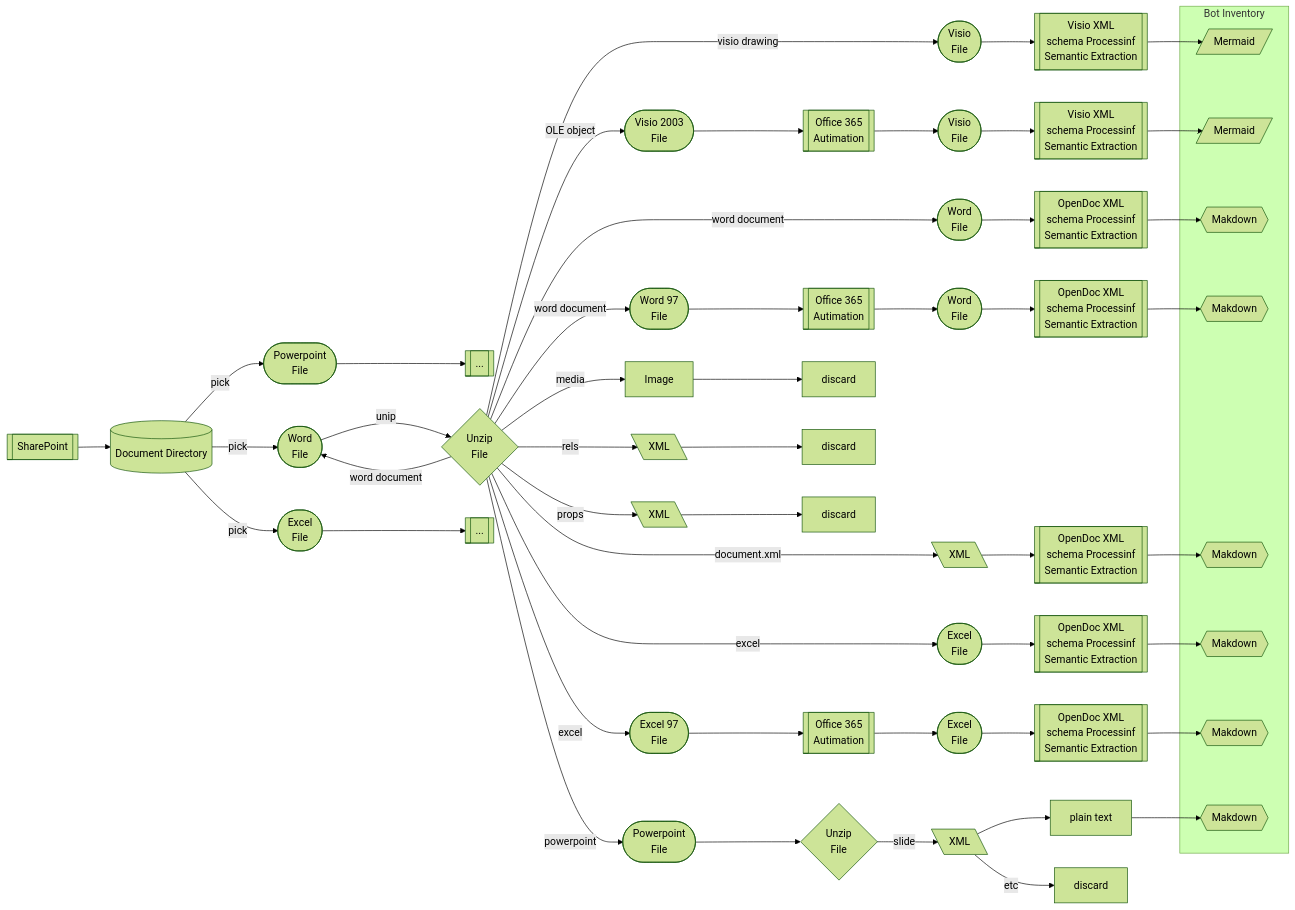
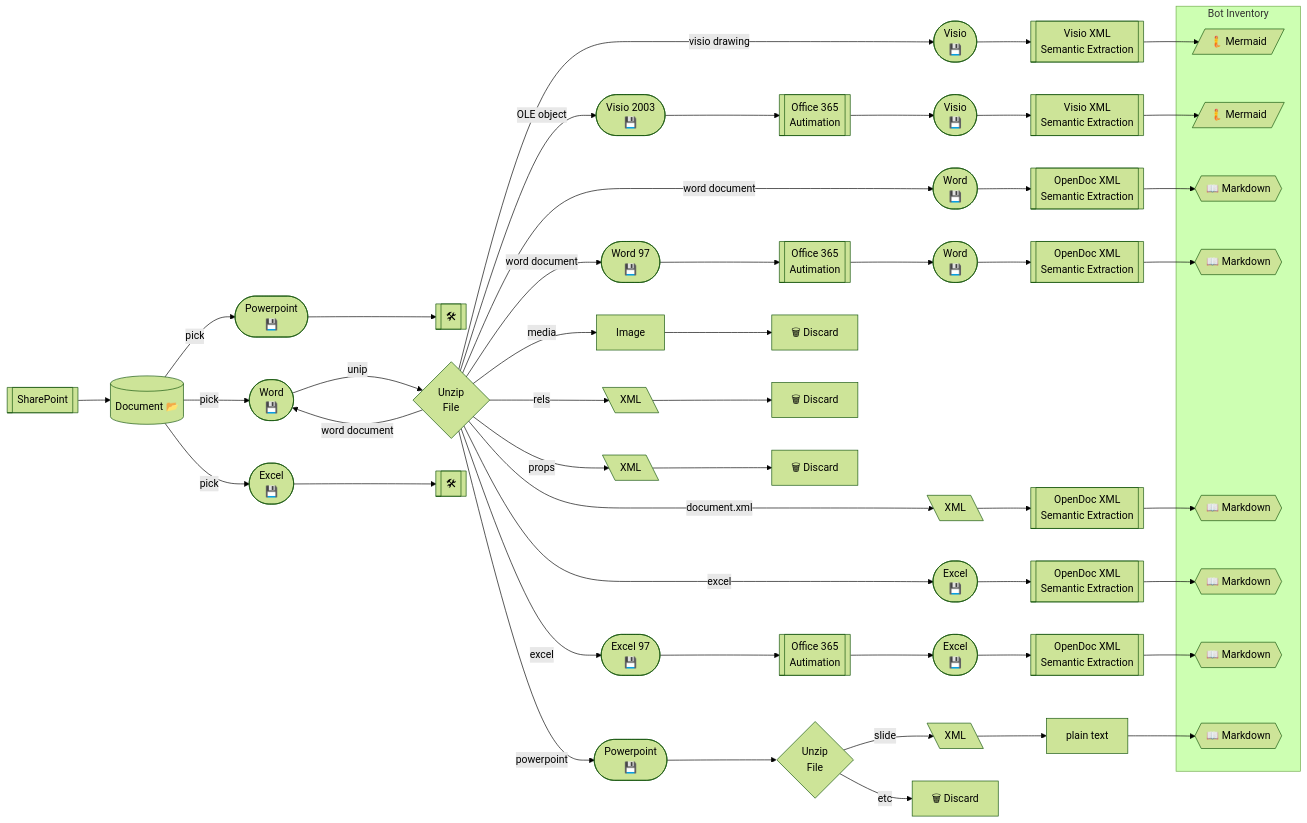
The diagram in csharp/basic-budget-searcher/process.mermaid (sergueik/powershell_samples), drawn with Mermaid (forest theme) before and after one commit. The commit also changed 2 other files, not shown here.

```diff
--- a/csharp/basic-budget-searcher/process.mermaid
+++ b/csharp/basic-budget-searcher/process.mermaid
@@ -1,75 +1,75 @@
 flowchart LR
 H1[[SharePoint]]
-Downloads[("Document Directory")]
-W1(["Word<br/>File"])
-W2(["Word<br/>File"])
-W3(["Word 97<br/>File"])
-W4(["Word<br/>File"])
-P1(["Powerpoint<br/>File"])
-P2(["Powerpoint<br/>File"])
-E1(["Excel<br/>File"])
-E2(["Excel<br/>File"])
-E3(["Excel 97<br/>File"])
-E4(["Excel<br/>File"])
+Downloads[("Document 📂")]
+W1(["Word<br/>💾"])
+W2(["Word<br/>💾"])
+W3(["Word 97<br/>💾"])
+W4(["Word<br/>💾"])
+P1(["Powerpoint<br/>💾"])
+P2(["Powerpoint<br/>💾"])
+E1(["Excel<br/>💾"])
+E2(["Excel<br/>💾"])
+E3(["Excel 97<br/>💾"])
+E4(["Excel<br/>💾"])
 
-V1(["Visio<br/>File"])
-V2(["Visio<br/>File"])
-V3(["Visio 2003<br/>File"])
+V1(["Visio<br/>💾"])
+V2(["Visio<br/>💾"])
+V3(["Visio 2003<br/>💾"])
 
 U{"Unzip<br/>File"}
-D1[discard]
-D2[discard]
-D3[discard]
-D4[discard]
+D1["🗑 Discard"]
+D2["🗑 Discard"]
+D3["🗑 Discard"]
+D4["🗑 Discard"]
 
 OA1[["Office 365<br/>Autimation"]]
 OA2[["Office 365<br/>Autimation"]]
 OA3[["Office 365<br/>Autimation"]]
-OD1[["OpenDoc XML<br/>schema Processinf<br/>Semantic Extraction"]]
-OD2[["OpenDoc XML<br/>schema Processinf<br/>Semantic Extraction"]]
-OD3[["OpenDoc XML<br/>schema Processinf<br/>Semantic Extraction"]]
-OD4[["OpenDoc XML<br/>schema Processinf<br/>Semantic Extraction"]]
-OD5[["OpenDoc XML<br/>schema Processinf<br/>Semantic Extraction"]]
+OD1[["OpenDoc XML<br/>Semantic Extraction"]]
+OD2[["OpenDoc XML<br/>Semantic Extraction"]]
+OD3[["OpenDoc XML<br/>Semantic Extraction"]]
+OD4[["OpenDoc XML<br/>Semantic Extraction"]]
+OD5[["OpenDoc XML<br/>Semantic Extraction"]]
 
-OV1[["Visio XML<br/>schema Processinf<br/>Semantic Extraction"]]
-OV2[["Visio XML<br/>schema Processinf<br/>Semantic Extraction"]]
-Y1[["..."]]
-Y2[["..."]]
+OV1[["Visio XML<br/>Semantic Extraction"]]
+OV2[["Visio XML<br/>Semantic Extraction"]]
+Y1[["🛠"]]
+Y2[["🛠"]]
 
 subgraph I[Bot Inventory]
-M1[/Mermaid/]
-M2[/Mermaid/]
-T1{{Makdown}}
-T2{{Makdown}}
-T3{{Makdown}}
-T4{{Makdown}}
-T5{{Makdown}}
-T6{{Makdown}}
+M1[/"🧜 Mermaid"/]
+M2[/"🧜 Mermaid"/]
+T1{{"📖 Markdown"}}
+T2{{"📖 Markdown"}}
+T3{{"📖 Markdown"}}
+T4{{"📖 Markdown"}}
+T5{{"📖 Markdown"}}
+T6{{"📖 Markdown"}}
 
 end
 X1[\XML\]
 X2[\XML\]
 X3[\XML\]
 X4[\XML\]
 I1[Image]
 F1{Unzip<br/>File}
 H1 --> Downloads 
 TT1[plain text]
 Downloads -- pick -->P2 --> Y2
 Downloads -- pick -->W1
 
 W1-- unip -->U
 U -- "visio drawing" --> V1 --> OV1 --> M1
 U -- "OLE object" --> V3 --> OA2 --> V2 --> OV2 --> M2
 U -- "word document" --> W1
 U -- "word document" --> W2 --> OD1 --> T1
 U -- "word document" --> W3 --> OA1 --> W4 --> OD2 --> T2
 U -- "media" --> I1 --> D1 
 U -- "rels" --> X1 --> D2
 U -- "props" --> X2 --> D3
 U --"document.xml" --> X4 --> OD5 --> T3
 U -- "excel" --> E1 --> OD3 --> T4
 U -- "excel" --> E3 --> OA3 --> E2 --> OD4 --> T5
 U -- "powerpoint" --> P1 --> F1 --"slide"--> X3 --> TT1 --> T6
-X3 -- etc --> D4
+F1 -- etc --> D4
 Downloads -- pick --> E4 --> Y1
```
